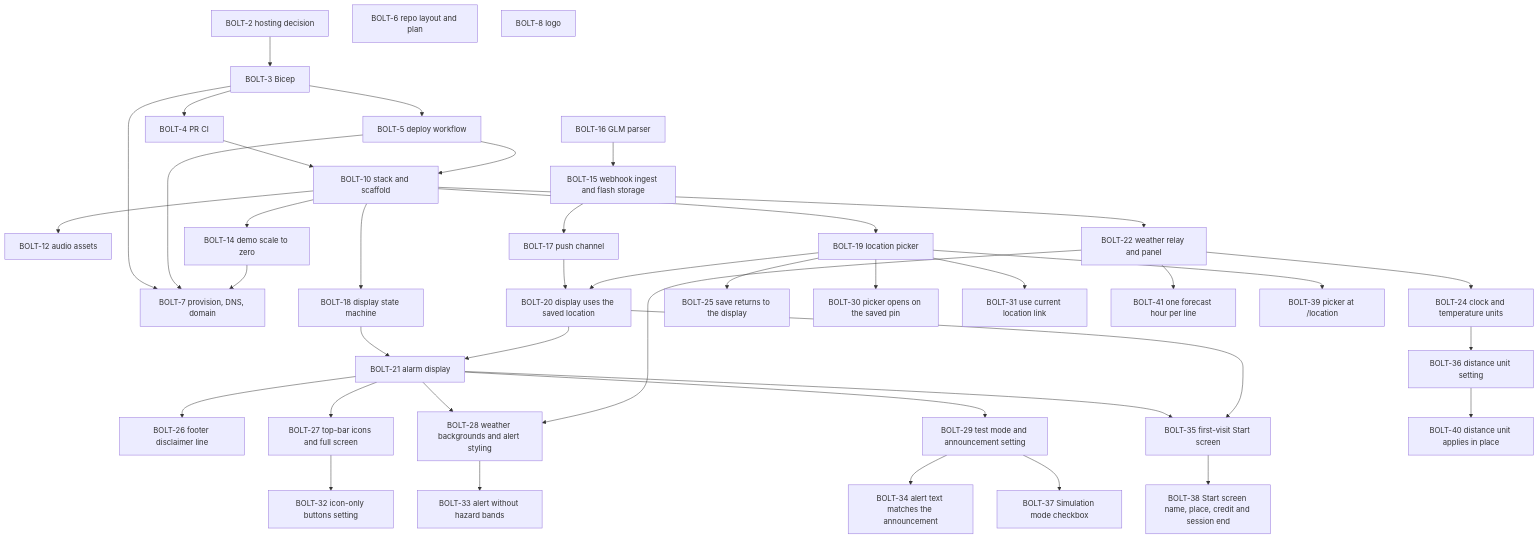
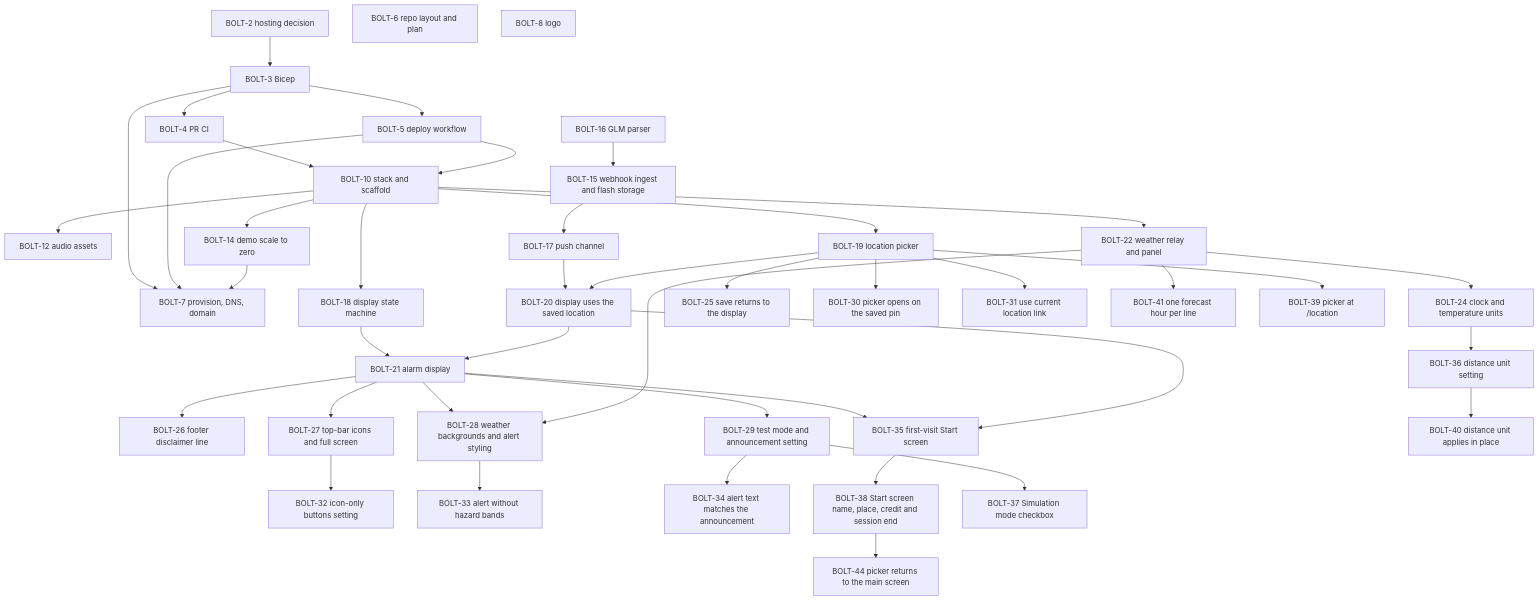
Before and after one commit to henrique-meyer/boltclock: the diagram in docs/plan.md, drawn with Mermaid. The commit also changed other lines of this file and 6 other files, not shown here.

First line of the commit message:
BOLT-44 Leaving the location picker opens the main screen

````diff
--- a/docs/plan.md
+++ b/docs/plan.md
@@ -15,78 +15,80 @@
 ```mermaid
 flowchart TD
   s2[BOLT-2 hosting decision]
   s3[BOLT-3 Bicep]
   s4[BOLT-4 PR CI]
   s5[BOLT-5 deploy workflow]
   s6[BOLT-6 repo layout and plan]
   s7[BOLT-7 provision, DNS, domain]
   s8[BOLT-8 logo]
   s10[BOLT-10 stack and scaffold]
   s12[BOLT-12 audio assets]
   s14[BOLT-14 demo scale to zero]
   s15[BOLT-15 webhook ingest and flash storage]
   s16[BOLT-16 GLM parser]
   s17[BOLT-17 push channel]
   s18[BOLT-18 display state machine]
   s19[BOLT-19 location picker]
   s20[BOLT-20 display uses the saved location]
   s21[BOLT-21 alarm display]
   s22[BOLT-22 weather relay and panel]
   s24[BOLT-24 clock and temperature units]
   s25[BOLT-25 save returns to the display]
   s26[BOLT-26 footer disclaimer line]
   s27[BOLT-27 top-bar icons and full screen]
   s28[BOLT-28 weather backgrounds and alert styling]
   s30[BOLT-30 picker opens on the saved pin]
   s29[BOLT-29 test mode and announcement setting]
   s32[BOLT-32 icon-only buttons setting]
   s31[BOLT-31 use current location link]
   s33[BOLT-33 alert without hazard bands]
   s34[BOLT-34 alert text matches the announcement]
   s35[BOLT-35 first-visit Start screen]
   s36[BOLT-36 distance unit setting]
   s38[BOLT-38 Start screen name, place, credit and session end]
   s37[BOLT-37 Simulation mode checkbox]
   s40[BOLT-40 distance unit applies in place]
   s41[BOLT-41 one forecast hour per line]
   s39[BOLT-39 picker at /location]
+  s44[BOLT-44 picker returns to the main screen]
   s2 --> s3
   s4 --> s10
   s5 --> s10
   s3 --> s4
   s3 --> s5
   s3 --> s7
   s5 --> s7
   s10 --> s12
   s10 --> s14
   s14 --> s7
   s16 --> s15
   s15 --> s17
   s10 --> s18
   s10 --> s19
   s17 --> s20
   s19 --> s20
   s18 --> s21
   s20 --> s21
   s10 --> s22
   s22 --> s24
   s19 --> s25
   s21 --> s26
   s21 --> s27
   s21 --> s28
   s22 --> s28
   s19 --> s30
   s21 --> s29
   s27 --> s32
   s19 --> s31
   s28 --> s33
   s29 --> s34
   s21 --> s35
   s20 --> s35
   s24 --> s36
   s35 --> s38
   s29 --> s37
   s36 --> s40
   s22 --> s41
   s19 --> s39
+  s38 --> s44
 ```
````
